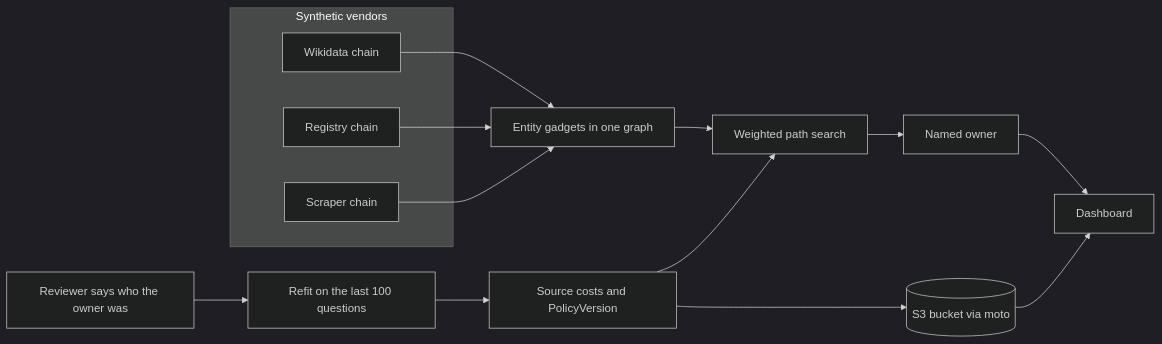
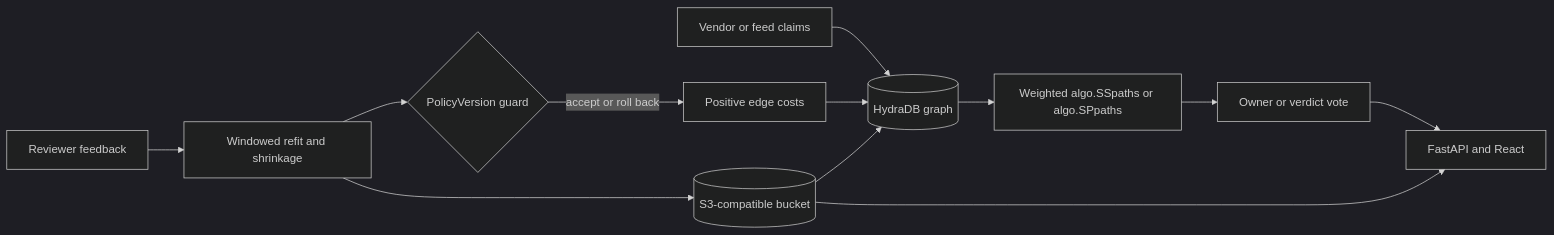
Before and after one commit to Thesilentprogramer/dreamgraph: the diagram in README.md, drawn with Mermaid (dark theme). The commit also changed other lines of this file and 28 other files, not shown here.

Commit message:
Harden engineering, reframe around scanner noise, add verdict API and MCP

````diff
--- a/README.md
+++ b/README.md
@@ -138,19 +200,14 @@
 ```mermaid
 flowchart LR
-  subgraph vendors [Synthetic vendors]
-    W[Wikidata chain]
-    R[Registry chain]
-    S[Scraper chain]
-  end
-  W --> G[Entity gadgets in one graph]
-  R --> G
-  S --> G
-  G --> P[Weighted path search]
-  FB[Reviewer says who the owner was] --> L[Refit on the last 100 questions]
-  L --> C[Source costs and PolicyVersion]
-  C --> P
-  P --> A[Named owner]
-  A --> UI[Dashboard]
-  C --> B[(S3 bucket via moto)]
-  B --> UI
+  F[Vendor or feed claims] --> H[(HydraDB graph)]
+  R[Reviewer feedback] --> L[Windowed refit and shrinkage]
+  L --> G{PolicyVersion guard}
+  G -->|accept or roll back| C[Positive edge costs]
+  C --> H
+  H --> P[Weighted algo.SSpaths or algo.SPpaths]
+  P --> V[Owner or verdict vote]
+  V --> A[FastAPI and React]
+  S[(S3-compatible bucket)] --> H
+  L --> S
+  S --> A
 ```
````
